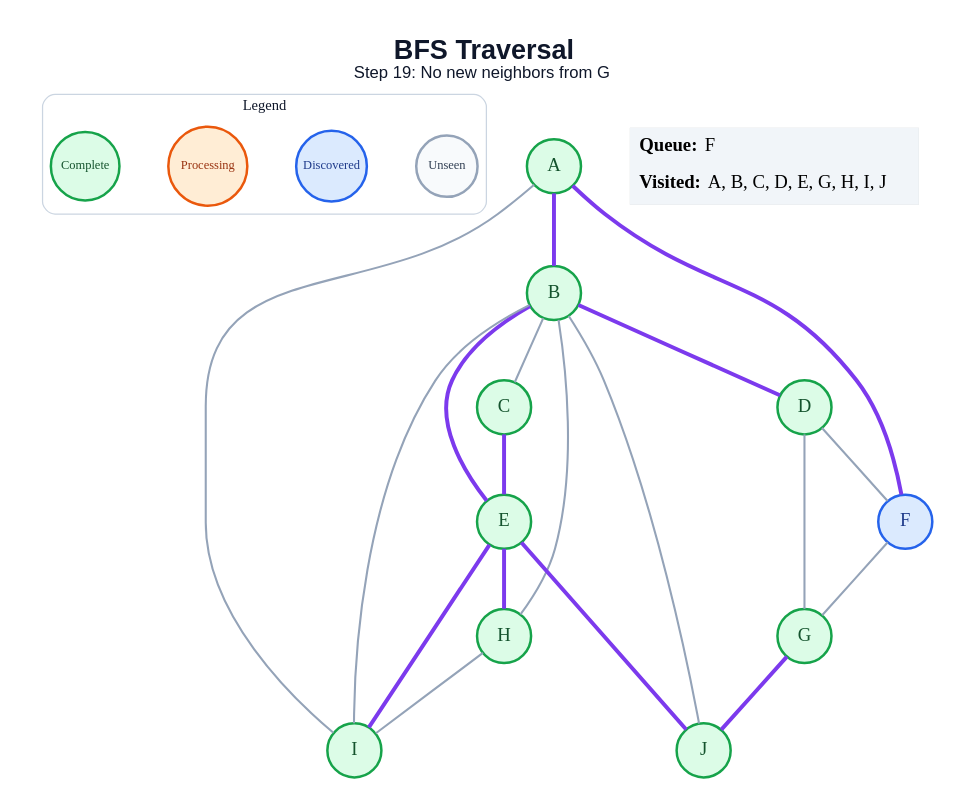
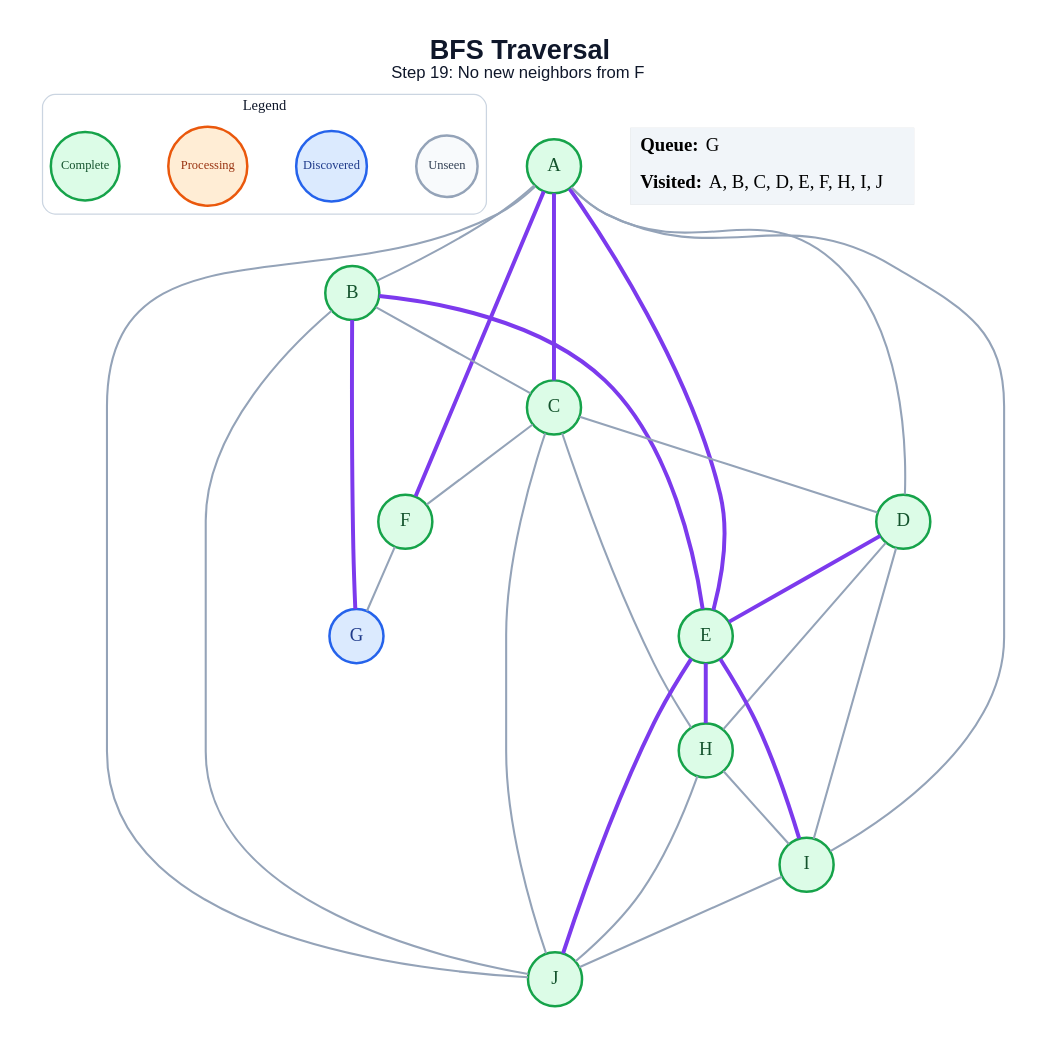
The diagram in generated/specific-node/bfs/step_19.dot (amanghodawala9/ai-slop), drawn with Graphviz before and after one commit. The commit also changed 178 other files, not shown here.

```diff
--- a/generated/specific-node/bfs/step_19.dot
+++ b/generated/specific-node/bfs/step_19.dot
@@ -1,47 +1,54 @@
 graph traversal {
   graph [layout=dot, rankdir=TB, bgcolor="#FFFFFF", pad="0.35", nodesep="0.65", ranksep="0.8", fontname="Arial"];
   node [shape=circle, style="filled", fontname="Arial Bold", fontsize=18, width=0.72, fixedsize=true, penwidth=2.4];
   edge [color="#94A3B8", penwidth=2.0];
-  label=<<B>BFS Traversal</B><BR/><FONT POINT-SIZE="16">Step 19: No new neighbors from G</FONT>>; labelloc="t"; fontsize=26; fontname="Arial"; fontcolor="#0F172A";
+  label=<<B>BFS Traversal</B><BR/><FONT POINT-SIZE="16">Step 19: No new neighbors from F</FONT>>; labelloc="t"; fontsize=26; fontname="Arial"; fontcolor="#0F172A";
   subgraph cluster_legend { label="Legend"; color="#CBD5E1"; penwidth=1.2; style="rounded"; fontsize=14; fontname="Arial Bold";
     key_unseen [label="Unseen", fillcolor="#F8FAFC", color="#94A3B8", fontcolor="#334155", fontsize=12, width=0.82];
     key_frontier [label="Discovered", fillcolor="#DBEAFE", color="#2563EB", fontcolor="#1E3A8A", fontsize=12, width=0.95];
     key_current [label="Processing", fillcolor="#FFEDD5", color="#EA580C", fontcolor="#9A3412", fontsize=12, width=1.05];
     key_done [label="Complete", fillcolor="#DCFCE7", color="#16A34A", fontcolor="#14532D", fontsize=12, width=0.92];
     { rank=same; key_unseen; key_frontier; key_current; key_done; }
   }
   A [fillcolor="#DCFCE7", color="#16A34A", fontcolor="#14532D"];
   B [fillcolor="#DCFCE7", color="#16A34A", fontcolor="#14532D"];
   C [fillcolor="#DCFCE7", color="#16A34A", fontcolor="#14532D"];
   D [fillcolor="#DCFCE7", color="#16A34A", fontcolor="#14532D"];
   E [fillcolor="#DCFCE7", color="#16A34A", fontcolor="#14532D"];
-  F [fillcolor="#DBEAFE", color="#2563EB", fontcolor="#1E3A8A"];
-  G [fillcolor="#DCFCE7", color="#16A34A", fontcolor="#14532D"];
+  F [fillcolor="#DCFCE7", color="#16A34A", fontcolor="#14532D"];
+  G [fillcolor="#DBEAFE", color="#2563EB", fontcolor="#1E3A8A"];
   H [fillcolor="#DCFCE7", color="#16A34A", fontcolor="#14532D"];
   I [fillcolor="#DCFCE7", color="#16A34A", fontcolor="#14532D"];
   J [fillcolor="#DCFCE7", color="#16A34A", fontcolor="#14532D"];
-  A -- B [color="#7C3AED", penwidth=3.8];
+  A -- B;
+  A -- C [color="#7C3AED", penwidth=3.8];
+  A -- D;
+  A -- E [color="#7C3AED", penwidth=3.8];
   A -- F [color="#7C3AED", penwidth=3.8];
   A -- I;
+  A -- J;
   B -- C;
-  B -- D [color="#7C3AED", penwidth=3.8];
   B -- E [color="#7C3AED", penwidth=3.8];
-  B -- H;
-  B -- I;
+  B -- G [color="#7C3AED", penwidth=3.8];
   B -- J;
-  C -- E [color="#7C3AED", penwidth=3.8];
-  D -- F;
-  D -- G;
+  C -- D;
+  C -- F;
+  C -- H;
+  C -- J;
+  D -- E [color="#7C3AED", penwidth=3.8];
+  D -- H;
+  D -- I;
   E -- H [color="#7C3AED", penwidth=3.8];
   E -- I [color="#7C3AED", penwidth=3.8];
   E -- J [color="#7C3AED", penwidth=3.8];
   F -- G;
-  G -- J [color="#7C3AED", penwidth=3.8];
   H -- I;
+  H -- J;
+  I -- J;
   status [shape=plain, fixedsize=false, width=0, height=0, margin=0, label=<
     <TABLE BORDER="0" CELLBORDER="0" CELLPADDING="7" BGCOLOR="#F1F5F9">
-      <TR><TD ALIGN="LEFT"><B>Queue:</B> F</TD></TR>
-      <TR><TD ALIGN="LEFT"><B>Visited:</B> A, B, C, D, E, G, H, I, J</TD></TR>
+      <TR><TD ALIGN="LEFT"><B>Queue:</B> G</TD></TR>
+      <TR><TD ALIGN="LEFT"><B>Visited:</B> A, B, C, D, E, F, H, I, J</TD></TR>
     </TABLE>
   >];
 }
```
